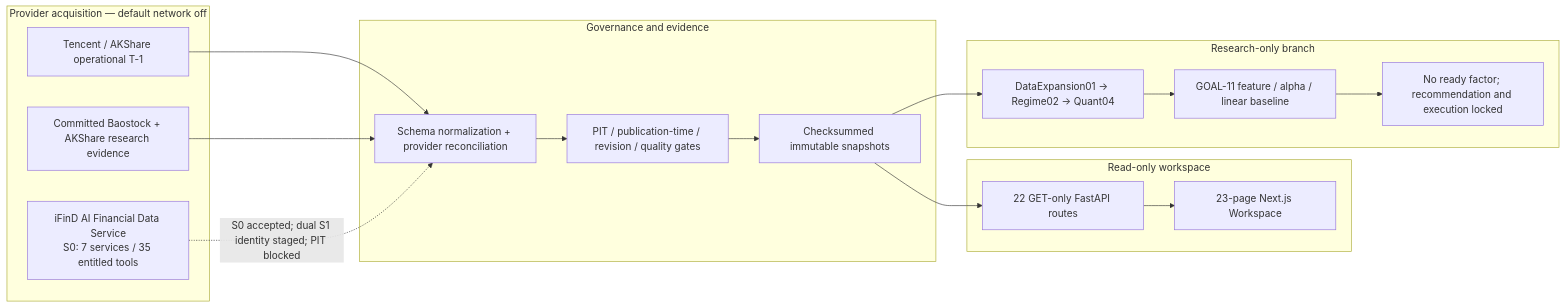
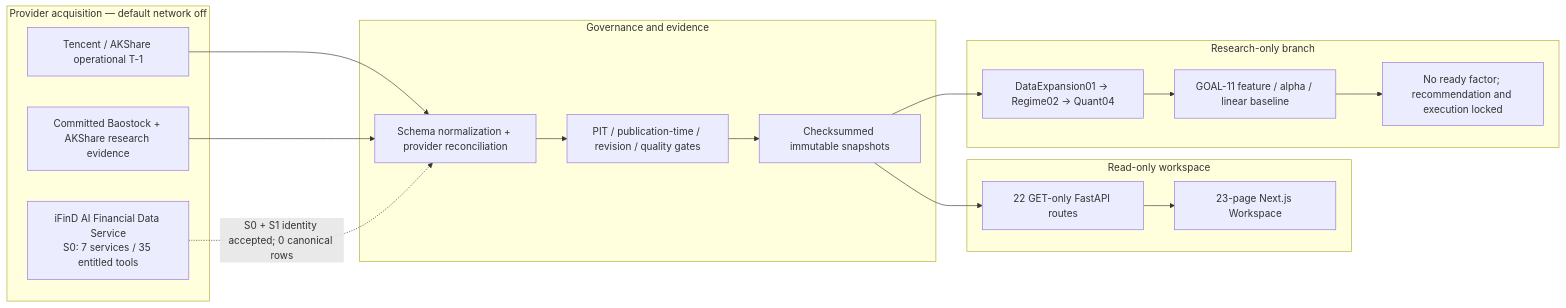
One commit to RyanLu0203/A_share_premarket_core changed the first of 4 diagrams in README.md. Above: the diagram before and after it, drawn with Mermaid. The commit also changed other lines of this file and 21 other files, not shown here.

````diff
--- a/README.md
+++ b/README.md
@@ -27,28 +27,28 @@
 ```mermaid
 flowchart LR
     subgraph P["Provider acquisition — default network off"]
         T["Tencent / AKShare operational T-1"]
         C["Committed Baostock + AKShare research evidence"]
         I["iFinD AI Financial Data Service\nS0: 7 services / 35 entitled tools"]
     end
     subgraph G["Governance and evidence"]
         N["Schema normalization + provider reconciliation"]
         Q["PIT / publication-time / revision / quality gates"]
         S["Checksummed immutable snapshots"]
     end
     subgraph W["Read-only workspace"]
         A["22 GET-only FastAPI routes"]
         U["23-page Next.js Workspace"]
     end
     subgraph R["Research-only branch"]
         D["DataExpansion01 → Regime02 → Quant04"]
         G11["GOAL-11 feature / alpha / linear baseline"]
         L["No ready factor; recommendation and execution locked"]
     end
 
     T --> N
     C --> N
-    I -. "S0 accepted; dual S1 identity staged; PIT blocked" .-> N
+    I -. "S0 + S1 identity accepted; 0 canonical rows" .-> N
     N --> Q --> S --> A --> U
     S --> D --> G11 --> L
 ```
````
